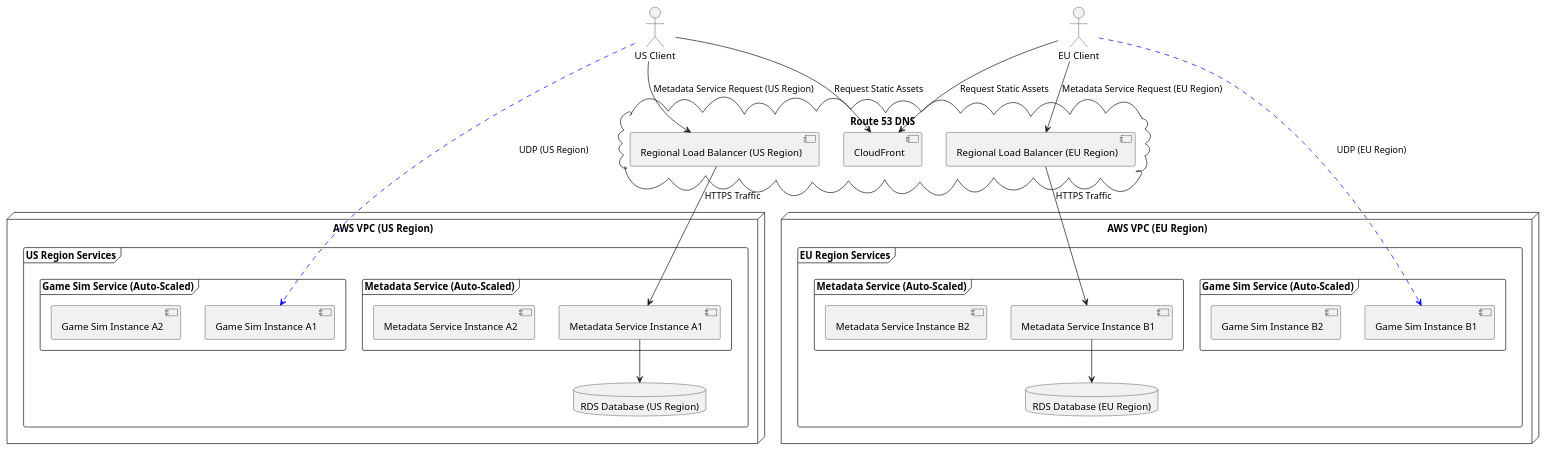
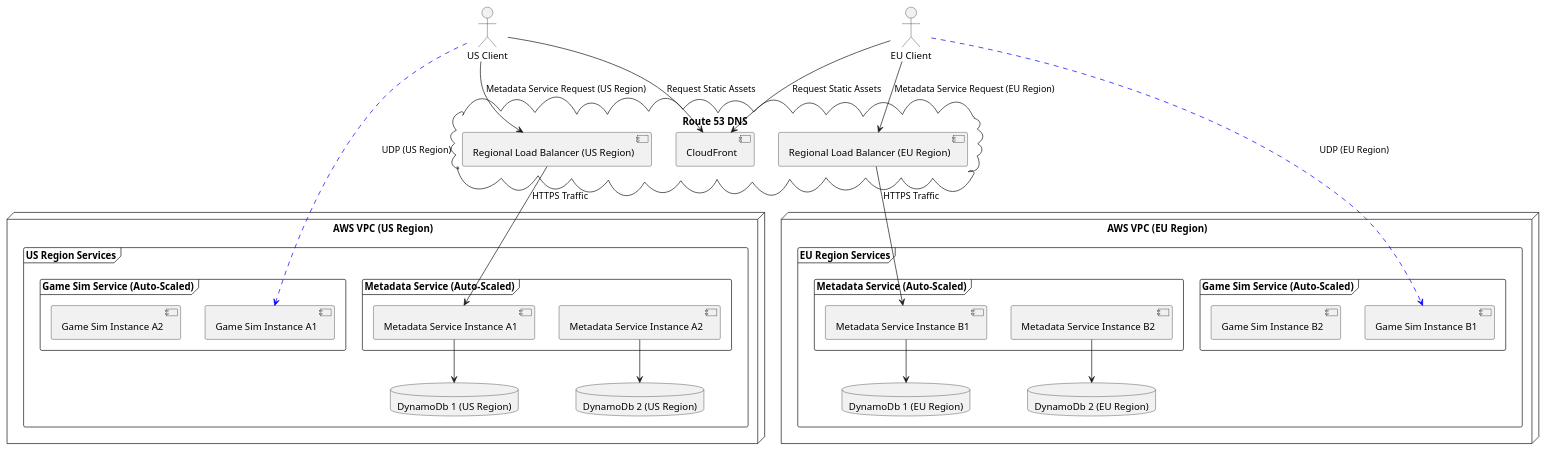
Before and after one commit to dcasadevall/rpg-server: the diagram in docs/puml/2-regional-all.puml, drawn with PlantUML. The commit also changed 15 other files, not shown here.

```diff
--- a/docs/puml/2-regional-all.puml
+++ b/docs/puml/2-regional-all.puml
@@ -1,58 +1,62 @@
 @startuml Regional
 actor "US Client" as USClient
 actor "EU Client" as EUClient
 
 cloud "Route 53 DNS" {
     [CloudFront]
     [Regional Load Balancer (US Region)]
     [Regional Load Balancer (EU Region)]
 }
 
 node "AWS VPC (US Region)" {
     frame "US Region Services" {
         frame "Metadata Service (Auto-Scaled)" as MetadataServiceA {
             [Metadata Service Instance A1]
             [Metadata Service Instance A2]
         }
         frame "Game Sim Service (Auto-Scaled)" as GameSimServiceA {
             [Game Sim Instance A1]
             [Game Sim Instance A2]
         }
-        database "RDS Database (US Region)" as RDS_A
+        database "DynamoDb 1 (US Region)" as DynamoDb_A1
+        database "DynamoDb 2 (US Region)" as DynamoDb_A2
     }
 }
 
 node "AWS VPC (EU Region)" {
     frame "EU Region Services" {
         frame "Metadata Service (Auto-Scaled)" as MetadataServiceB {
             [Metadata Service Instance B1]
             [Metadata Service Instance B2]
         }
         frame "Game Sim Service (Auto-Scaled)" as GameSimServiceB {
             [Game Sim Instance B1]
             [Game Sim Instance B2]
         }
-        database "RDS Database (EU Region)" as RDS_B
+        database "DynamoDb 1 (EU Region)" as DynamoDb_B1
+        database "DynamoDb 2 (EU Region)" as DynamoDb_B2
     }
 }
 
 ' Client Regional Routing
 USClient --> [CloudFront] : Request Static Assets
 USClient --> [Regional Load Balancer (US Region)] : Metadata Service Request (US Region)
 EUClient --> [CloudFront] : Request Static Assets
 EUClient --> [Regional Load Balancer (EU Region)] : Metadata Service Request (EU Region)
 
 ' API Flow US Region
 [Regional Load Balancer (US Region)] --> [Metadata Service Instance A1] : HTTPS Traffic
-[Metadata Service Instance A1] --> RDS_A
+[Metadata Service Instance A1] --> DynamoDb_A1
+[Metadata Service Instance A2] --> DynamoDb_A2
 
 ' API Flow EU Region
 [Regional Load Balancer (EU Region)] --> [Metadata Service Instance B1] : HTTPS Traffic
-[Metadata Service Instance B1] --> RDS_B
+[Metadata Service Instance B1] --> DynamoDb_B1
+[Metadata Service Instance B2] --> DynamoDb_B2
 
 ' UDP Connection US Region
 USClient -[#blue,dashed]-> [Game Sim Instance A1] : UDP (US Region)
 
 ' UDP Connection EU Region
 EUClient -[#blue,dashed]-> [Game Sim Instance B1] : UDP (EU Region)
 @enduml
```
